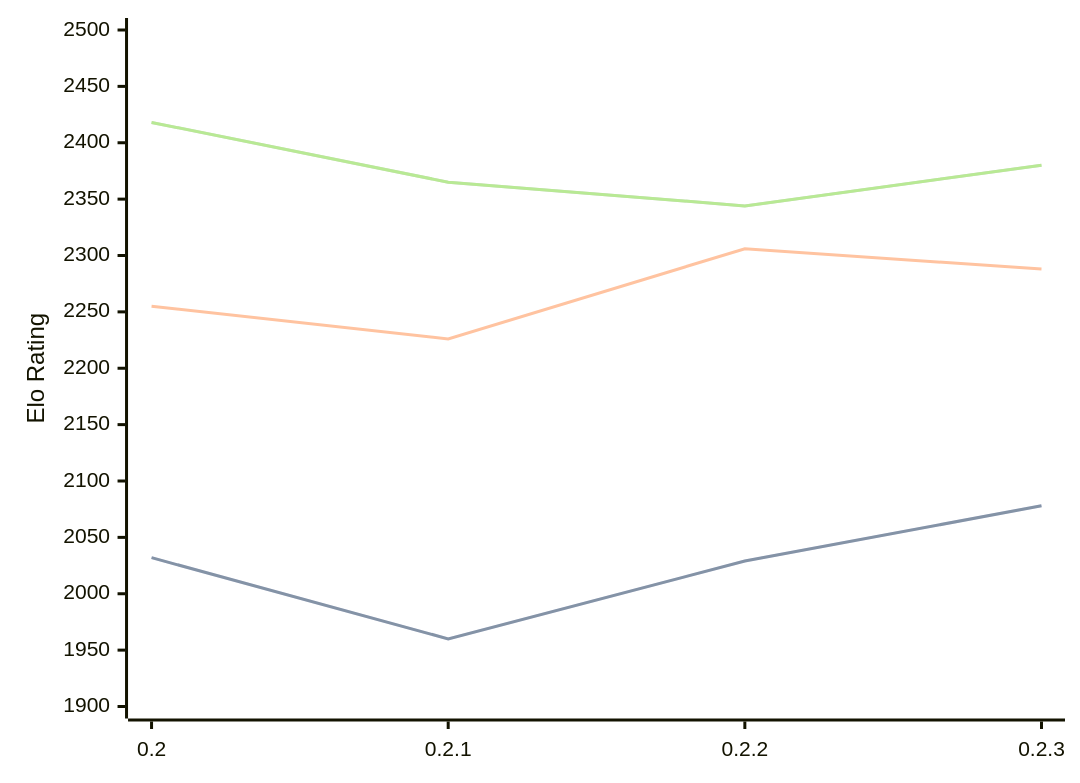
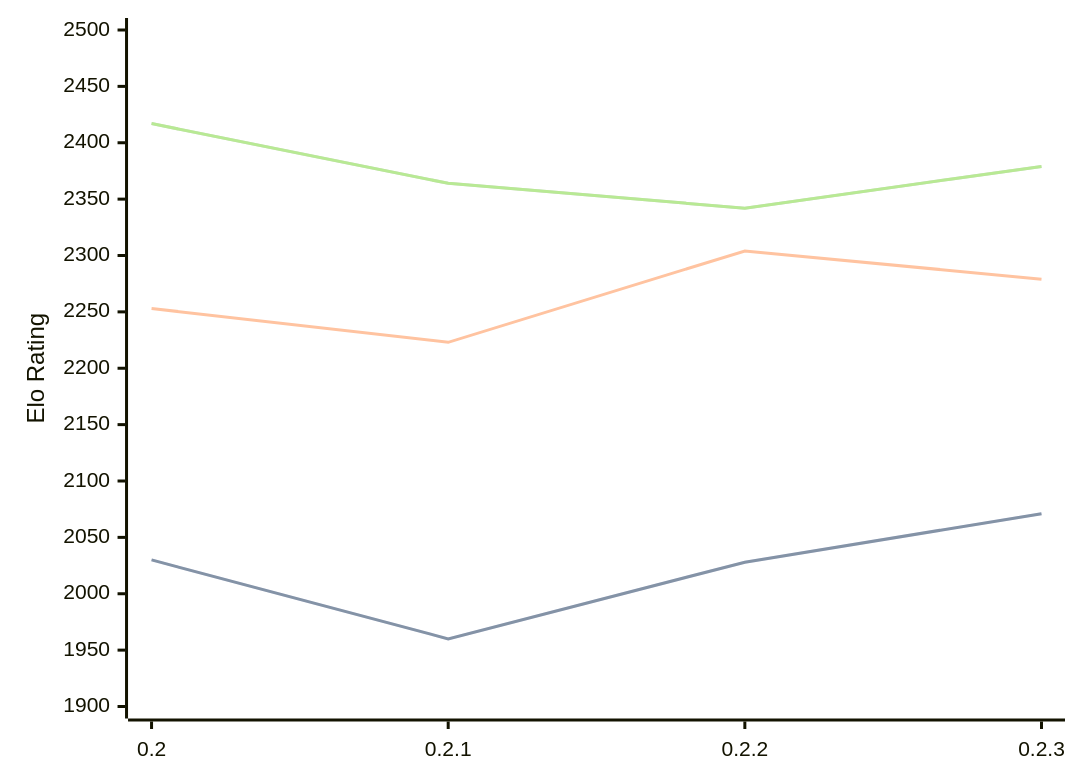
Before and after one commit to computer-chess-index/cci: the diagram in engines/Lolbot.md, drawn with Mermaid. The commit also changed other lines of this file, not shown here.

Commit message:
Update CCI Ratings (ELO VLTC) - 2026-03-12

````diff
--- a/engines/Lolbot.md
+++ b/engines/Lolbot.md
@@ -33,11 +33,11 @@
 ```mermaid
 %%{init: {"theme":"base","themeVariables":{"seriesColors:['#a3a3a3','#222221','#faa371']}}}%%
 xychart-beta
   x-axis ["0.2", "0.2.1", "0.2.2", "0.2.3"]
   y-axis "Elo Rating" 1900 --> 2500
-  line "STC (8.0+0.08s)" [2032, 1960, 2029, 2078]
-  line "STC (8.0+0.08s)" [2032, 1960, 2029, 2078]
-  line "LTC (60.0+0.60s)" [2255, 2226, 2306, 2288]
-  line "VLTC (2m24s+1.12s)" [2418, 2365, 2344, 2380]
-  line "VLTC (2m24s+1.12s)" [2418, 2365, 2344, 2380]
+  line "STC (8.0+0.08s)" [2030, 1960, 2028, 2071]
+  line "STC (8.0+0.08s)" [2030, 1960, 2028, 2071]
+  line "LTC (60.0+0.60s)" [2253, 2223, 2304, 2279]
+  line "VLTC (2m24s+1.12s)" [2417, 2364, 2342, 2379]
+  line "VLTC (2m24s+1.12s)" [2417, 2364, 2342, 2379]
 ```
````
